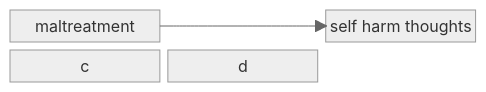
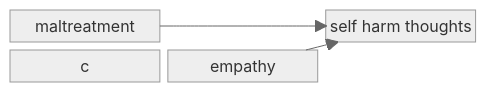
One commit to agrogan1/closeread changed the diagram in empathy/README.md. Above: the diagram before and after it, drawn with Mermaid (neutral theme).

````diff
--- a/empathy/README.md
+++ b/empathy/README.md
@@ -12,8 +12,9 @@
 ```mermaid
 block
   columns 3
   m space sh
-  c   d   space
+  c   e   space
 
 m["maltreatment"] --> sh["self harm thoughts"]
+e["empathy"] --> sh
 ```
````
